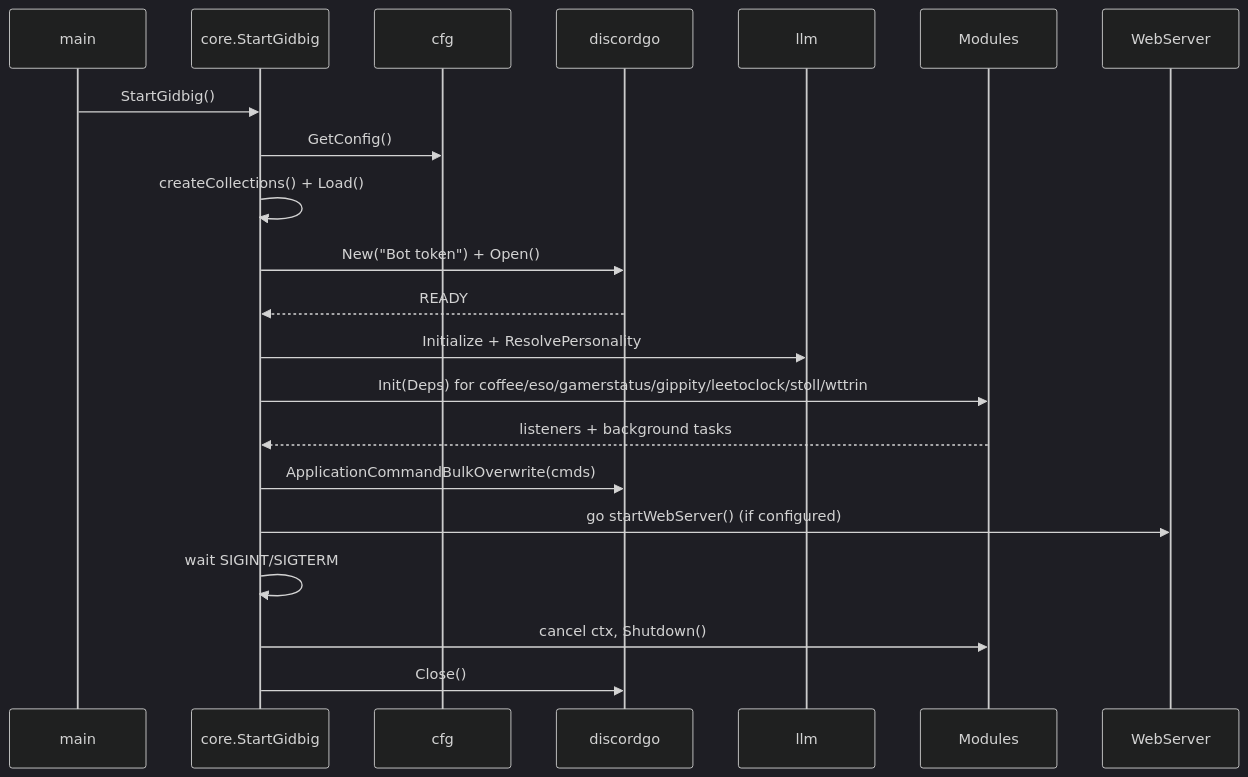
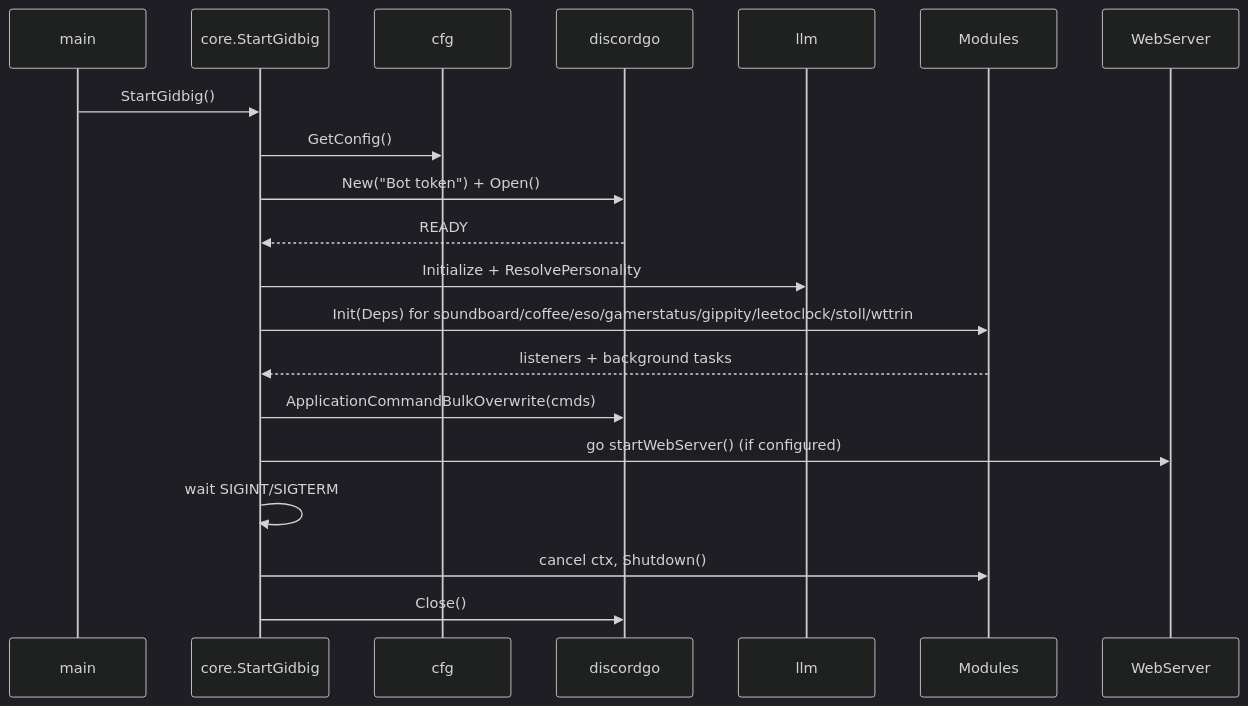
Before and after one commit to toksikk/gidbig: the diagram in docs/modules/core.md, drawn with Mermaid (dark theme). The commit also changed other lines of this file and 21 other files, not shown here.

First line of the commit message:
soundboard (#180): extract soundboard from core into bot.Module

````diff
--- a/docs/modules/core.md
+++ b/docs/modules/core.md
@@ -14,24 +17,23 @@
 ```mermaid
 sequenceDiagram
     participant main
     participant core as core.StartGidbig
     participant cfg
     participant dg as discordgo
     participant llm
     participant mod as Modules
     participant web as WebServer
 
     main->>core: StartGidbig()
     core->>cfg: GetConfig()
-    core->>core: createCollections() + Load()
     core->>dg: New("Bot token") + Open()
     dg-->>core: READY
     core->>llm: Initialize + ResolvePersonality
-    core->>mod: Init(Deps) for coffee/eso/gamerstatus/gippity/leetoclock/stoll/wttrin
+    core->>mod: Init(Deps) for soundboard/coffee/eso/gamerstatus/gippity/leetoclock/stoll/wttrin
     mod-->>core: listeners + background tasks
     core->>dg: ApplicationCommandBulkOverwrite(cmds)
     core->>web: go startWebServer() (if configured)
     core->>core: wait SIGINT/SIGTERM
     core->>mod: cancel ctx, Shutdown()
     core->>dg: Close()
 ```
````
